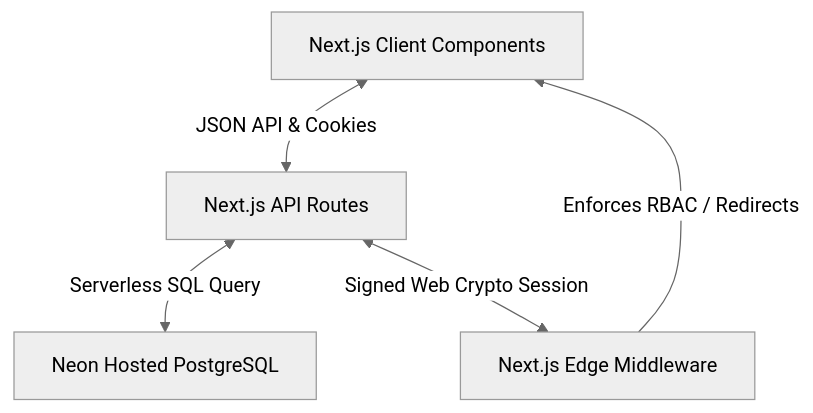
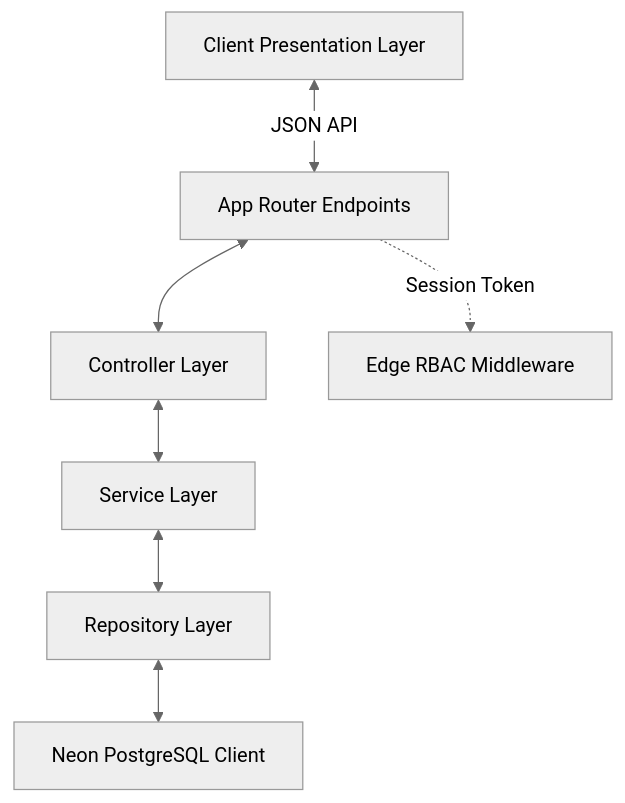
Before and after one commit to anmolsharma170/assammedchemhackathon: the diagram in readme.md, drawn with Mermaid (neutral theme). The commit also changed other lines of this file and 11 other files, not shown here.

Commit message:
Refactor API routes, Edge middleware, and database seed to complete N-Tier MVC architecture

````diff
--- a/readme.md
+++ b/readme.md
@@ -28,7 +37,9 @@
 ```mermaid
 graph TD
-    Client[Next.js Client Components] <-->|JSON API & Cookies| Server[Next.js API Routes]
-    Server <-->|Serverless SQL Query| Neon[Neon Hosted PostgreSQL]
-    Server <-->|Signed Web Crypto Session| Middleware[Next.js Edge Middleware]
-    Middleware -->|Enforces RBAC / Redirects| Client
+    UI[Client Presentation Layer] <-->|JSON API| Router[App Router Endpoints]
+    Router <--> Controller[Controller Layer]
+    Controller <--> Service[Service Layer]
+    Service <--> Repository[Repository Layer]
+    Repository <--> Neon[Neon PostgreSQL Client]
+    Router -.->|Session Token| Middleware[Edge RBAC Middleware]
 ```
````
